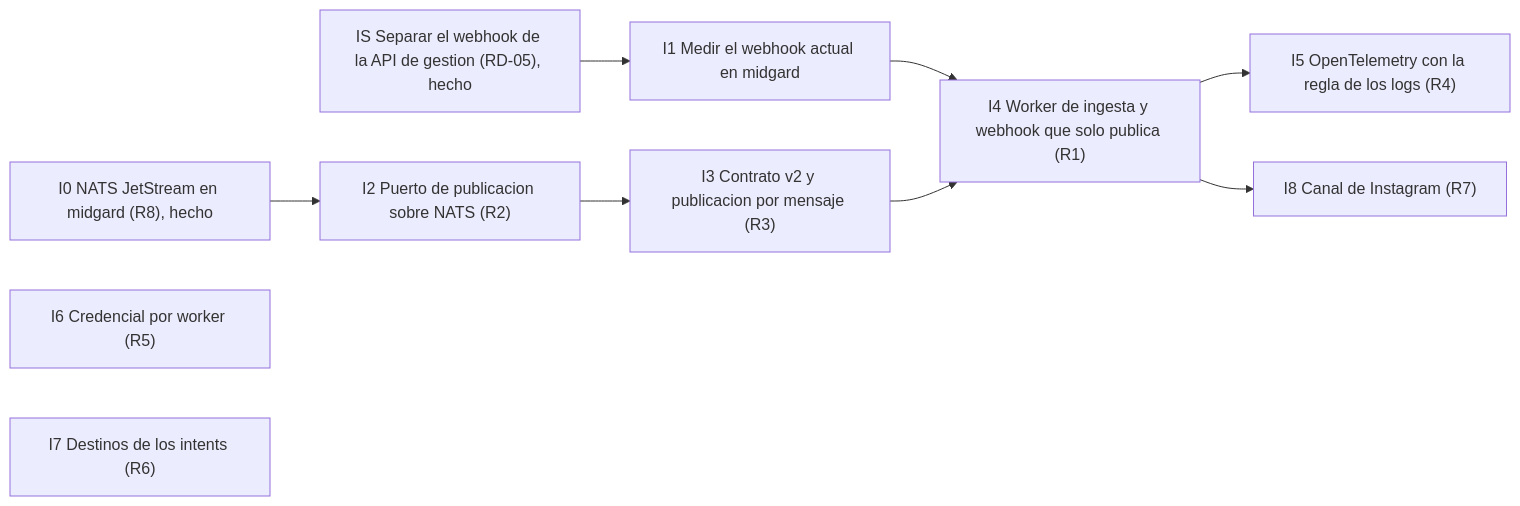
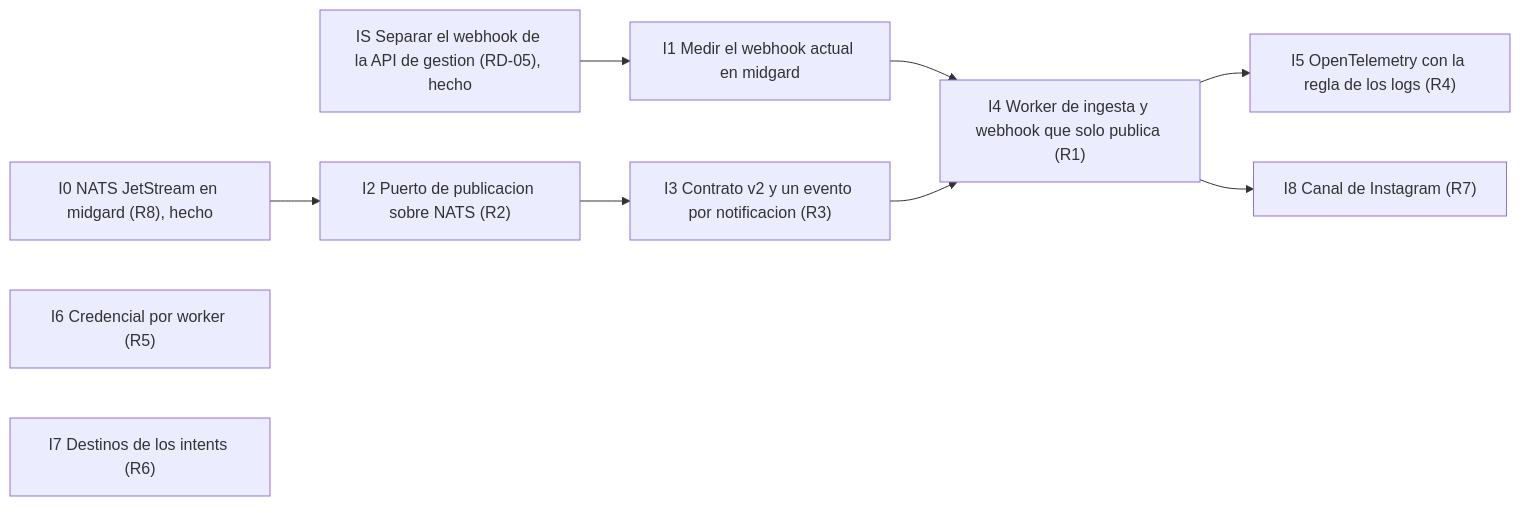
Before and after one commit to jeremialcala/wh-python-fastapi-messenger: the third of 3 diagrams in docs/00-project/plan-topologia-de-workers.md, drawn with Mermaid. The commit also changed 7 other files, not shown here.

````diff
--- a/docs/00-project/plan-topologia-de-workers.md
+++ b/docs/00-project/plan-topologia-de-workers.md
@@ -214,14 +214,14 @@
 ```mermaid
 flowchart LR
     IS["IS Separar el webhook de la API de gestion (RD-05), hecho"] --> I1
     I1["I1 Medir el webhook actual en midgard"] --> I4
     I0["I0 NATS JetStream en midgard (R8), hecho"] --> I2
     I2["I2 Puerto de publicacion sobre NATS (R2)"] --> I3
-    I3["I3 Contrato v2 y publicacion por mensaje (R3)"] --> I4
+    I3["I3 Contrato v2 y un evento por notificacion (R3)"] --> I4
     I4["I4 Worker de ingesta y webhook que solo publica (R1)"] --> I5
     I4 --> I8
     I5["I5 OpenTelemetry con la regla de los logs (R4)"]
     I6["I6 Credencial por worker (R5)"]
     I7["I7 Destinos de los intents (R6)"]
     I8["I8 Canal de Instagram (R7)"]
 ```
````
